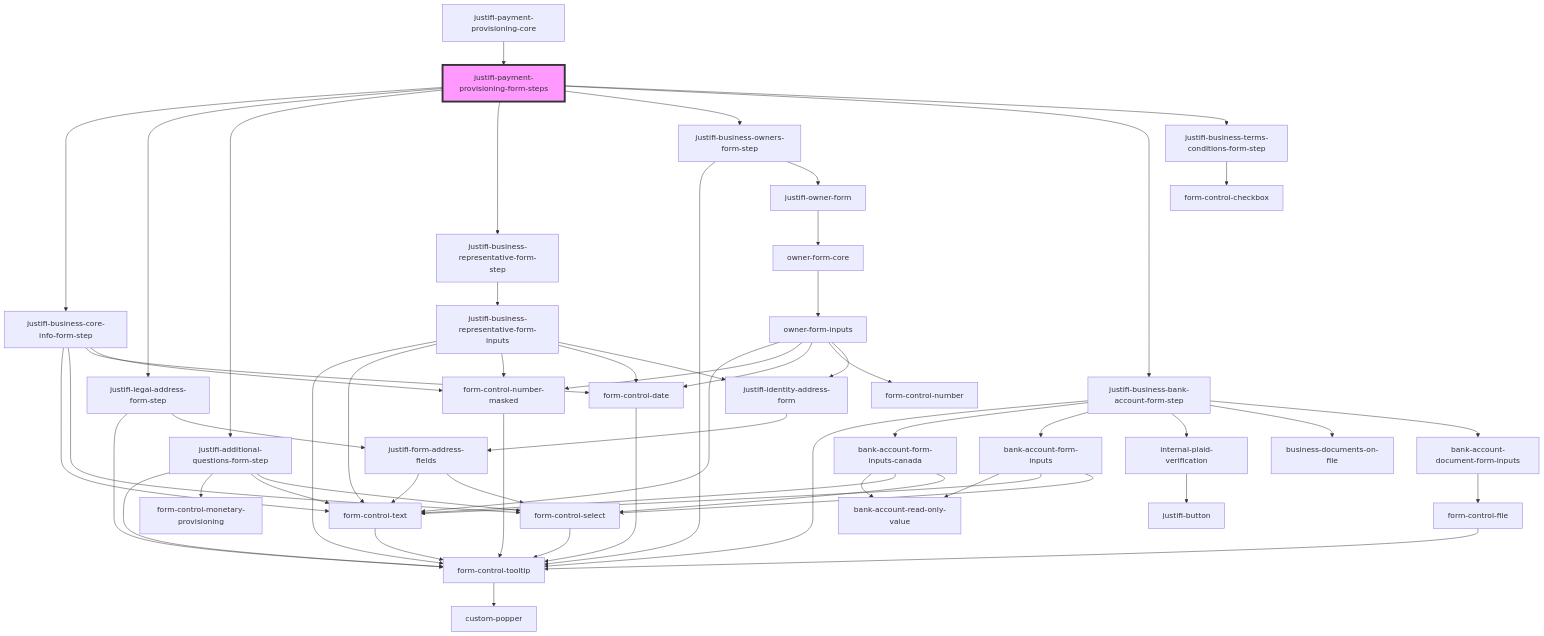
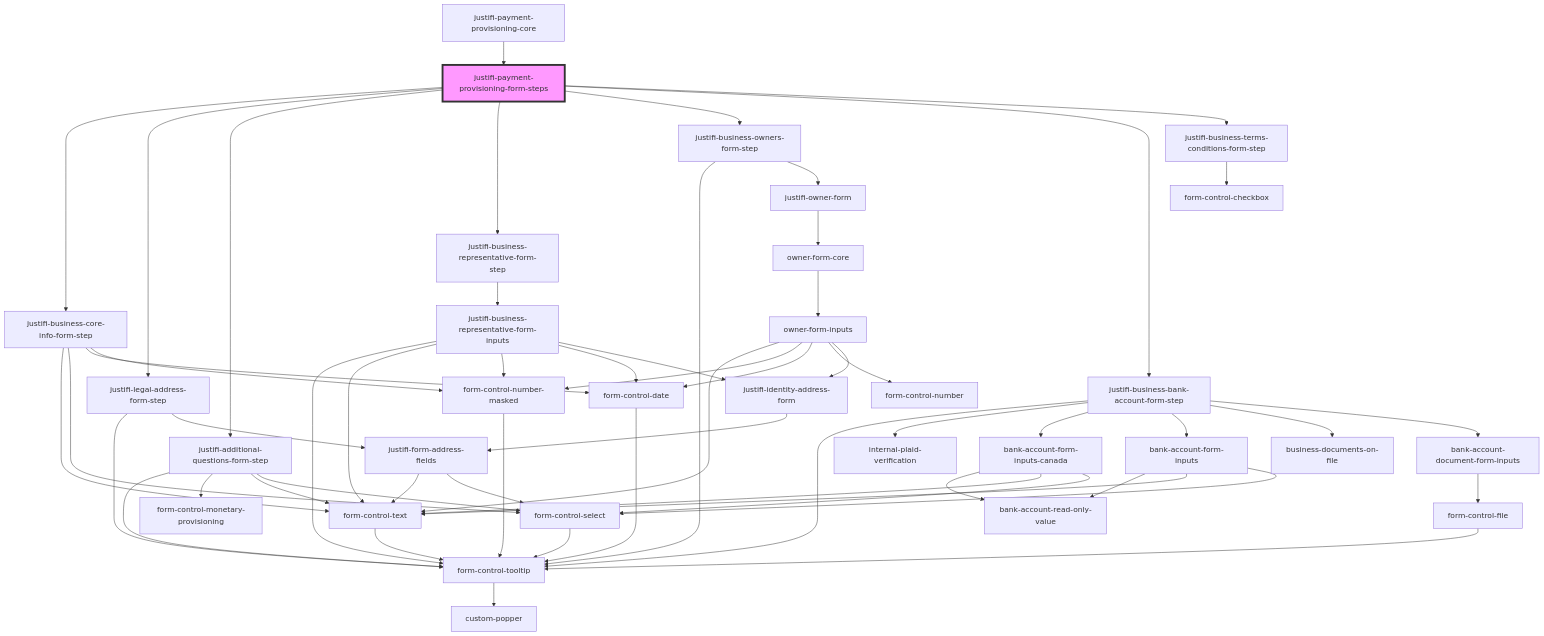
Before and after one commit to justifi-tech/web-component-library: the diagram in packages/webcomponents/src/components/business-forms/payment-provisioning/readme.md, drawn with Mermaid. The commit also changed 4 other files, not shown here.

````diff
--- a/packages/webcomponents/src/components/business-forms/payment-provisioning/readme.md
+++ b/packages/webcomponents/src/components/business-forms/payment-provisioning/readme.md
@@ -36,61 +36,60 @@
 ```mermaid
 graph TD;
   justifi-payment-provisioning-form-steps --> justifi-business-core-info-form-step
   justifi-payment-provisioning-form-steps --> justifi-legal-address-form-step
   justifi-payment-provisioning-form-steps --> justifi-additional-questions-form-step
   justifi-payment-provisioning-form-steps --> justifi-business-representative-form-step
   justifi-payment-provisioning-form-steps --> justifi-business-owners-form-step
   justifi-payment-provisioning-form-steps --> justifi-business-bank-account-form-step
   justifi-payment-provisioning-form-steps --> justifi-business-terms-conditions-form-step
   justifi-business-core-info-form-step --> form-control-text
   justifi-business-core-info-form-step --> form-control-select
   justifi-business-core-info-form-step --> form-control-date
   justifi-business-core-info-form-step --> form-control-number-masked
   form-control-text --> form-control-tooltip
   form-control-tooltip --> custom-popper
   form-control-select --> form-control-tooltip
   form-control-date --> form-control-tooltip
   form-control-number-masked --> form-control-tooltip
   justifi-legal-address-form-step --> form-control-tooltip
   justifi-legal-address-form-step --> justifi-form-address-fields
   justifi-form-address-fields --> form-control-text
   justifi-form-address-fields --> form-control-select
   justifi-additional-questions-form-step --> form-control-tooltip
   justifi-additional-questions-form-step --> form-control-monetary-provisioning
   justifi-additional-questions-form-step --> form-control-text
   justifi-additional-questions-form-step --> form-control-select
   justifi-business-representative-form-step --> justifi-business-representative-form-inputs
   justifi-business-representative-form-inputs --> form-control-tooltip
   justifi-business-representative-form-inputs --> form-control-text
   justifi-business-representative-form-inputs --> form-control-number-masked
   justifi-business-representative-form-inputs --> form-control-date
   justifi-business-representative-form-inputs --> justifi-identity-address-form
   justifi-identity-address-form --> justifi-form-address-fields
   justifi-business-owners-form-step --> form-control-tooltip
   justifi-business-owners-form-step --> justifi-owner-form
   justifi-owner-form --> owner-form-core
   owner-form-core --> owner-form-inputs
   owner-form-inputs --> form-control-text
   owner-form-inputs --> form-control-number-masked
   owner-form-inputs --> form-control-date
   owner-form-inputs --> form-control-number
   owner-form-inputs --> justifi-identity-address-form
   justifi-business-bank-account-form-step --> form-control-tooltip
+  justifi-business-bank-account-form-step --> internal-plaid-verification
   justifi-business-bank-account-form-step --> bank-account-form-inputs-canada
   justifi-business-bank-account-form-step --> bank-account-form-inputs
-  justifi-business-bank-account-form-step --> internal-plaid-verification
   justifi-business-bank-account-form-step --> business-documents-on-file
   justifi-business-bank-account-form-step --> bank-account-document-form-inputs
   bank-account-form-inputs-canada --> bank-account-read-only-value
   bank-account-form-inputs-canada --> form-control-text
   bank-account-form-inputs-canada --> form-control-select
   bank-account-form-inputs --> bank-account-read-only-value
   bank-account-form-inputs --> form-control-text
   bank-account-form-inputs --> form-control-select
-  internal-plaid-verification --> justifi-button
   bank-account-document-form-inputs --> form-control-file
   form-control-file --> form-control-tooltip
   justifi-business-terms-conditions-form-step --> form-control-checkbox
   justifi-payment-provisioning-core --> justifi-payment-provisioning-form-steps
   style justifi-payment-provisioning-form-steps fill:#f9f,stroke:#333,stroke-width:4px
 ```
````
